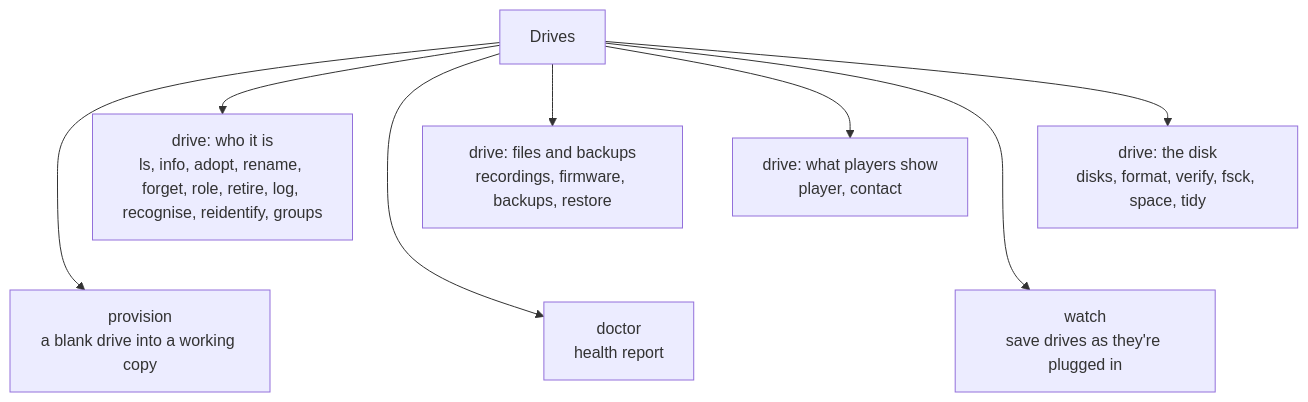
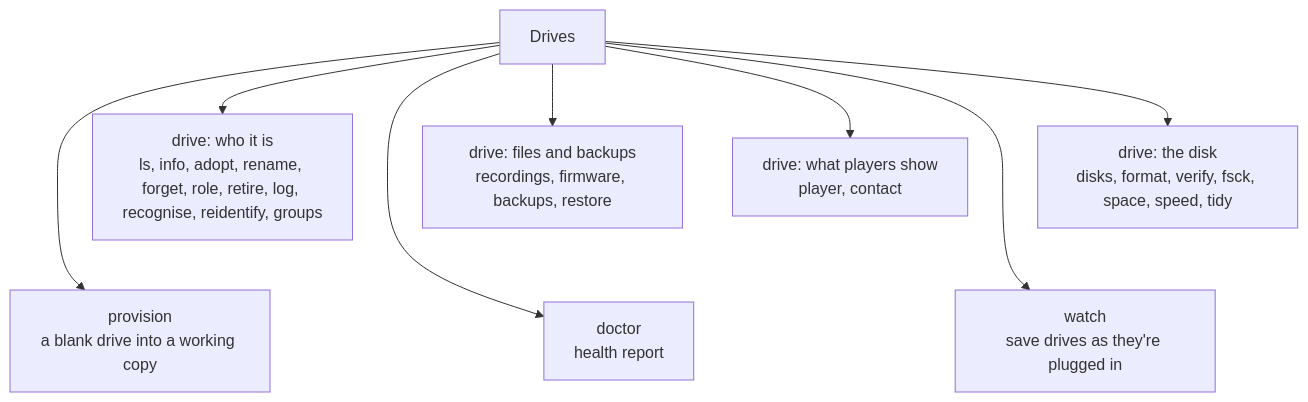
Before and after one commit to cutenode/localnetwork: the seventh of 11 diagrams in apps/locallibrary/README.md, drawn with Mermaid. The commit also changed other lines of this file and 6 other files, not shown here.

First line of the commit message:
docs(locallibrary): bring the diagrams up to date with the code

````diff
--- a/apps/locallibrary/README.md
+++ b/apps/locallibrary/README.md
@@ -401,14 +401,14 @@
 ```mermaid
 flowchart TD
     hub["Drives"]
     hub --> who["drive: who it is<br/>ls, info, adopt, rename, forget, role, retire, log, recognise, reidentify, groups"]
     hub --> shows["drive: what players show<br/>player, contact"]
-    hub --> disk["drive: the disk<br/>disks, format, verify, fsck, space, tidy"]
+    hub --> disk["drive: the disk<br/>disks, format, verify, fsck, space, speed, tidy"]
     hub --> files["drive: files and backups<br/>recordings, firmware, backups, restore"]
     hub --> provision["provision<br/>a blank drive into a working copy"]
     hub --> doctor["doctor<br/>health report"]
     hub --> watch["watch<br/>save drives as they're plugged in"]
     who ~~~ provision
     shows ~~~ doctor
     disk ~~~ watch
 ```
````
